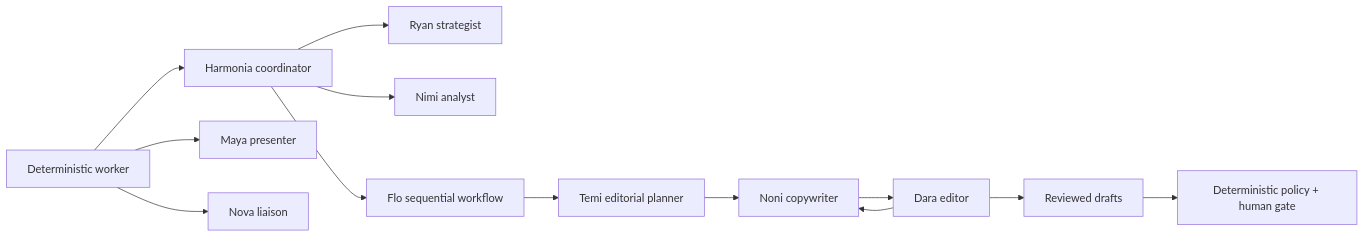
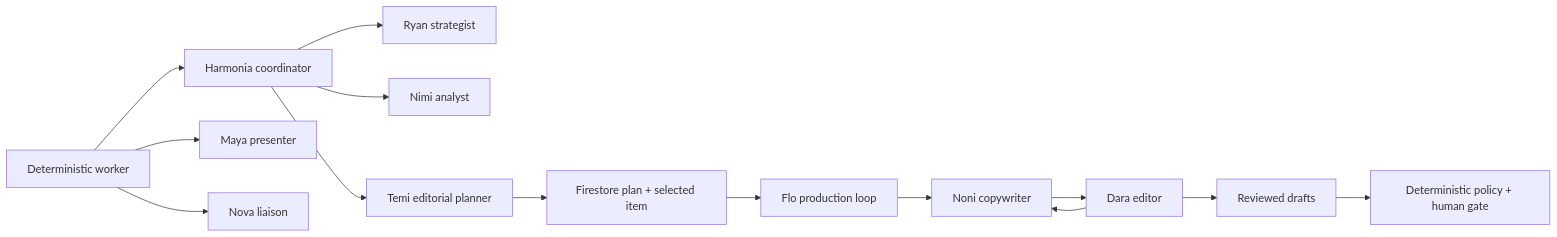
The diagram in docs/agent-platform.mdx (danielAsaboro/harmonia-agents-for-humans), drawn with Mermaid before and after one commit. The commit also changed other lines of this file and 16 other files, not shown here.

Commit message:
docs: document Temi editorial planning

````diff
--- a/docs/agent-platform.mdx
+++ b/docs/agent-platform.mdx
@@ -16,15 +17,16 @@
 ```mermaid
 flowchart LR
   W[Deterministic worker] --> H[Harmonia coordinator]
   H --> R[Ryan strategist]
   H --> S[Nimi analyst]
-  H --> F[Flo sequential workflow]
-  F --> T[Temi editorial planner]
-  T --> N[Noni copywriter]
+  H --> T[Temi editorial planner]
+  T --> FS[Firestore plan + selected item]
+  FS --> F[Flo production loop]
+  F --> N[Noni copywriter]
   N --> D[Dara editor]
   D --> N
   W --> M[Maya presenter]
   W --> V[Nova liaison]
   D --> P[Reviewed drafts]
   P --> G[Deterministic policy + human gate]
 ```
````
